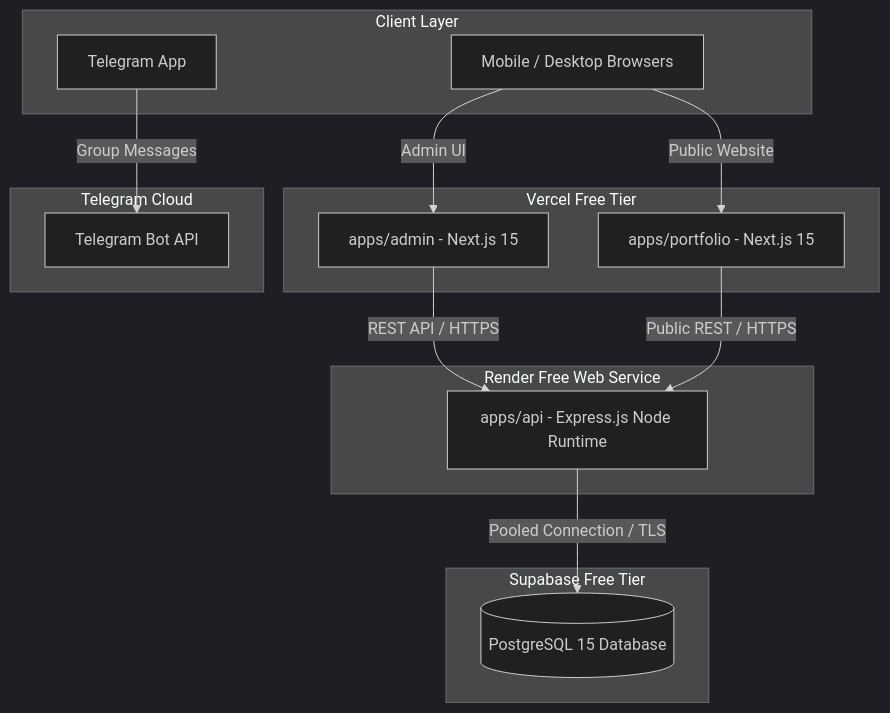
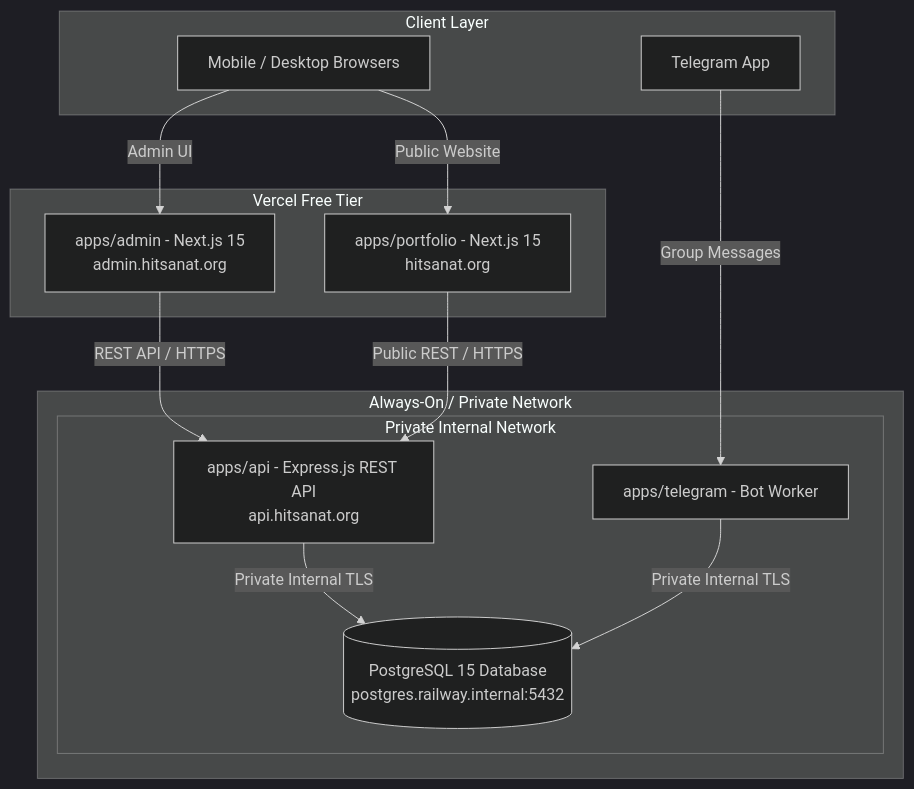
The diagram in docs/architecture/deployment-architecture.md (Hitsanat-Kfl/hitsanat), drawn with Mermaid (dark theme) before and after one commit. The commit also changed other lines of this file and 13 other files, not shown here.

First line of the commit message:
docs: adopt Railway for always-on backend deployment and resolve cold start trade-offs

````diff
--- a/docs/architecture/deployment-architecture.md
+++ b/docs/architecture/deployment-architecture.md
@@ -14,31 +14,28 @@
 ```mermaid
 graph TD
     subgraph Client Layer
         BrowserMobile[Mobile / Desktop Browsers]
         TelegramClient[Telegram App]
     end
 
     subgraph Vercel Edge Network [Vercel Free Tier]
-        AdminApp[apps/admin - Next.js 15]
-        PortfolioApp[apps/portfolio - Next.js 15]
+        AdminApp[apps/admin - Next.js 15<br/>admin.hitsanat.org]
+        PortfolioApp[apps/portfolio - Next.js 15<br/>hitsanat.org]
     end
 
-    subgraph Render Platform [Render Free Web Service]
-        ApiServer[apps/api - Express.js Node Runtime]
-    end
-
-    subgraph Supabase Cloud [Supabase Free Tier]
-        PostgresDB[(PostgreSQL 15 Database)]
-    end
-
-    subgraph Telegram Cloud
-        TGBot[Telegram Bot API]
+    subgraph Railway Project Canvas [Always-On / Private Network]
+        subgraph Private Internal Network
+            ApiServer[apps/api - Express.js REST API<br/>api.hitsanat.org]
+            TelegramWorker[apps/telegram - Bot Worker]
+            PostgresDB[(PostgreSQL 15 Database<br/>postgres.railway.internal:5432)]
+        end
     end
 
     BrowserMobile -->|Admin UI| AdminApp
     BrowserMobile -->|Public Website| PortfolioApp
     AdminApp -->|REST API / HTTPS| ApiServer
     PortfolioApp -->|Public REST / HTTPS| ApiServer
-    ApiServer -->|Pooled Connection / TLS| PostgresDB
-    TelegramClient -->|Group Messages| TGBot
+    ApiServer -->|Private Internal TLS| PostgresDB
+    TelegramWorker -->|Private Internal TLS| PostgresDB
+    TelegramClient -->|Group Messages| TelegramWorker
 ```
````
